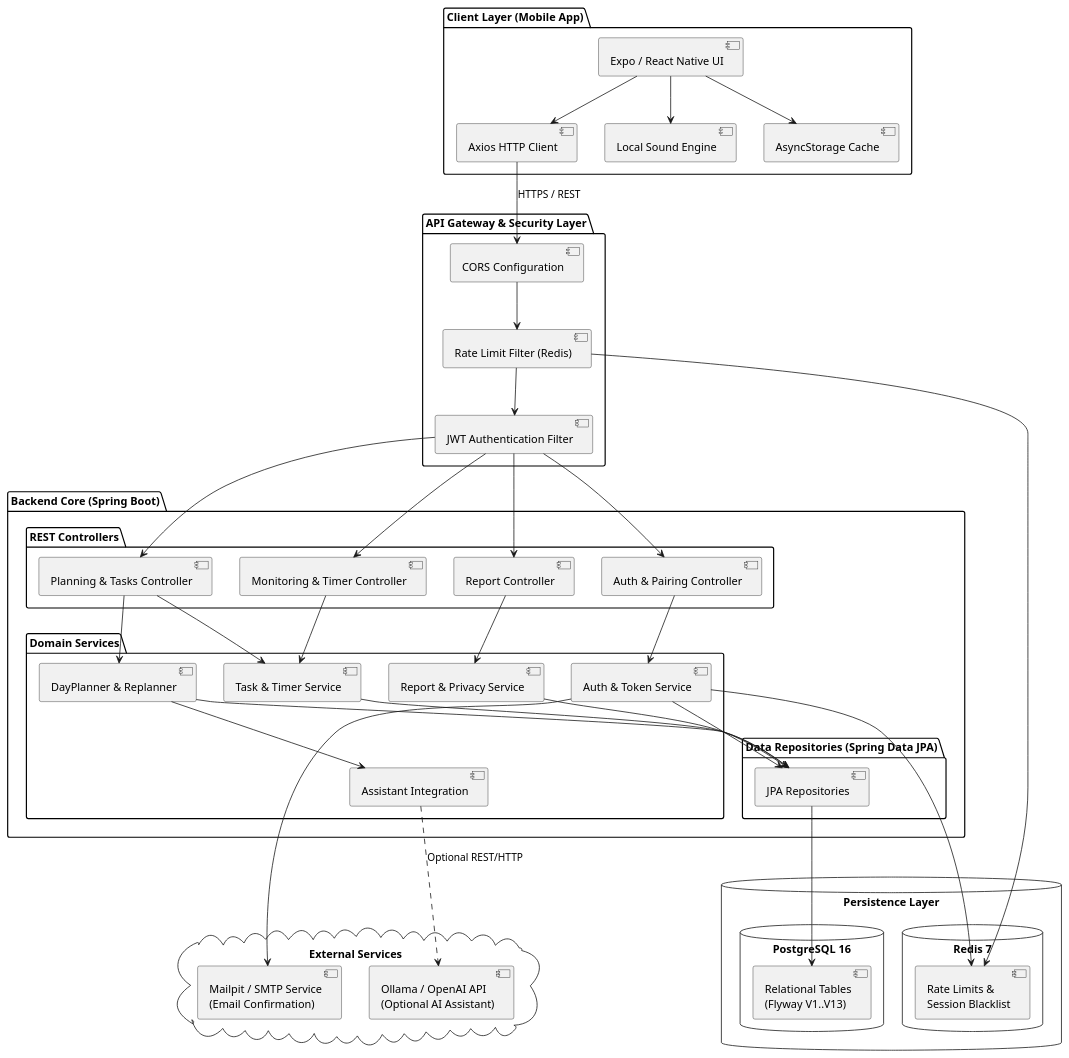
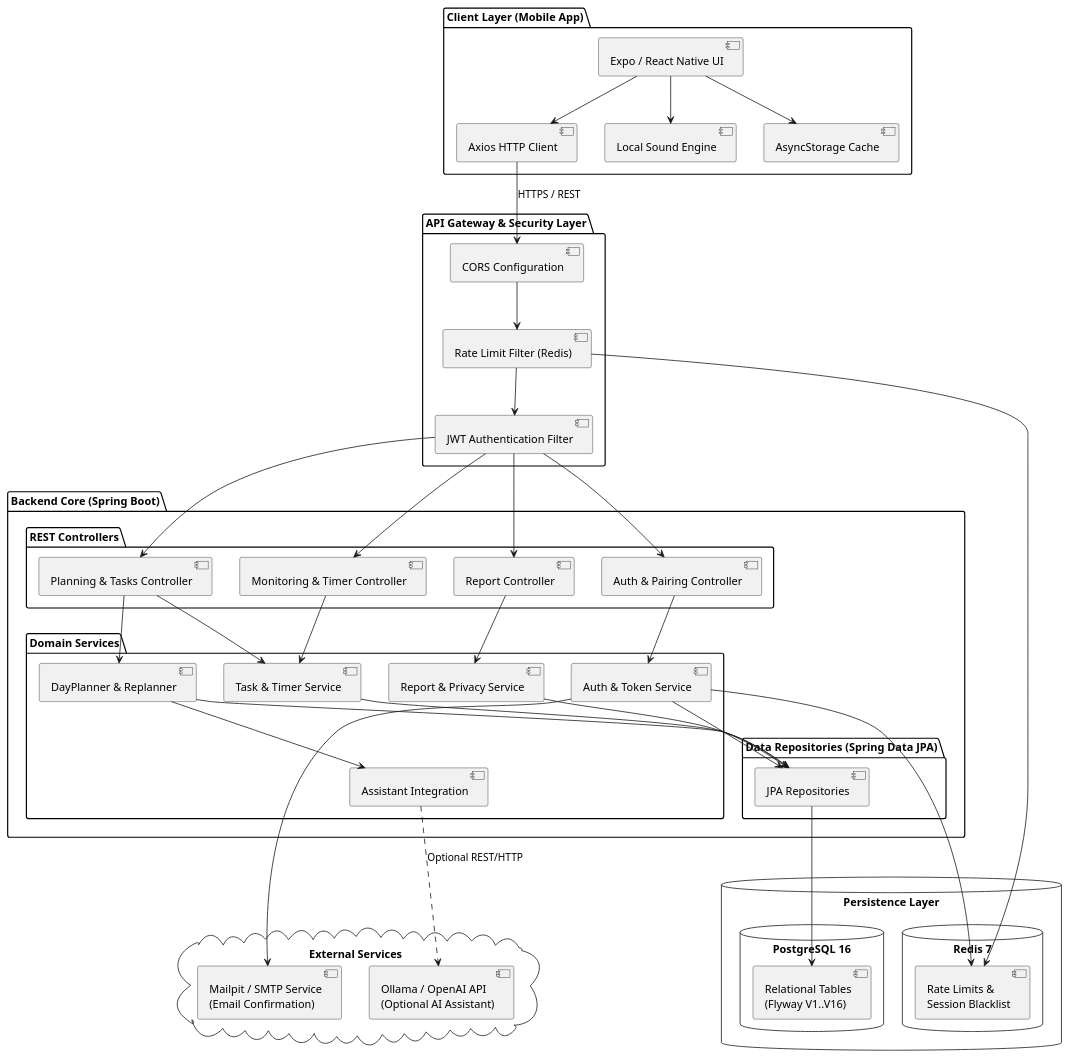
Before and after one commit to roobertoAlves/kaluana-backend: the diagram in diagrams/architecture-diagram.puml, drawn with PlantUML. The commit also changed 2 other files, not shown here.

Commit message:
docs(diagrams): unnest packages into separate compartments, eliminate box collisions, and expand canvas spacing

```diff
--- a/diagrams/architecture-diagram.puml
+++ b/diagrams/architecture-diagram.puml
@@ -1,83 +1,83 @@
 @startuml architecture-diagram
 skinparam monochrome false
 skinparam shadowing false
 skinparam componentStyle uml2
 
 package "Client Layer (Mobile App)" {
   [Expo / React Native UI] as UI
   [Axios HTTP Client] as HttpClient
   [Local Sound Engine] as SoundEngine
   [AsyncStorage Cache] as LocalStorage
 
   UI --> HttpClient
   UI --> SoundEngine
   UI --> LocalStorage
 }
 
 package "API Gateway & Security Layer" {
   [Rate Limit Filter (Redis)] as RateLimiter
   [JWT Authentication Filter] as JwtFilter
   [CORS Configuration] as CorsConfig
 }
 
 package "Backend Core (Spring Boot)" {
   package "REST Controllers" {
     [Auth & Pairing Controller] as AuthCtrl
     [Planning & Tasks Controller] as PlanCtrl
     [Monitoring & Timer Controller] as MonCtrl
     [Report Controller] as ReportCtrl
   }
 
   package "Domain Services" {
     [Auth & Token Service] as AuthService
     [DayPlanner & Replanner] as PlanService
     [Task & Timer Service] as TaskService
     [Report & Privacy Service] as ReportService
     [Assistant Integration] as AssistantService
   }
 
   package "Data Repositories (Spring Data JPA)" {
     [JPA Repositories] as Repositories
   }
 }
 
 database "Persistence Layer" {
   database "PostgreSQL 16" as Postgres {
-    [Relational Tables\n(Flyway V1..V13)] as Schema
+    [Relational Tables\n(Flyway V1..V16)] as Schema
   }
   database "Redis 7" as Redis {
     [Rate Limits &\nSession Blacklist] as RedisData
   }
 }
 
 cloud "External Services" {
   [Ollama / OpenAI API\n(Optional AI Assistant)] as ExtAI
   [Mailpit / SMTP Service\n(Email Confirmation)] as MailService
 }
 
 HttpClient --> CorsConfig : HTTPS / REST
 CorsConfig --> RateLimiter
 RateLimiter --> JwtFilter
 JwtFilter --> AuthCtrl
 JwtFilter --> PlanCtrl
 JwtFilter --> MonCtrl
 JwtFilter --> ReportCtrl
 
 AuthCtrl --> AuthService
 PlanCtrl --> PlanService
 PlanCtrl --> TaskService
 MonCtrl --> TaskService
 ReportCtrl --> ReportService
 PlanService --> AssistantService
 
 AuthService --> Repositories
 AuthService --> RedisData
 RateLimiter --> RedisData
 AuthService --> MailService
 PlanService --> Repositories
 TaskService --> Repositories
 ReportService --> Repositories
 AssistantService ..> ExtAI : Optional REST/HTTP
 Repositories --> Schema
 
 @enduml
```
